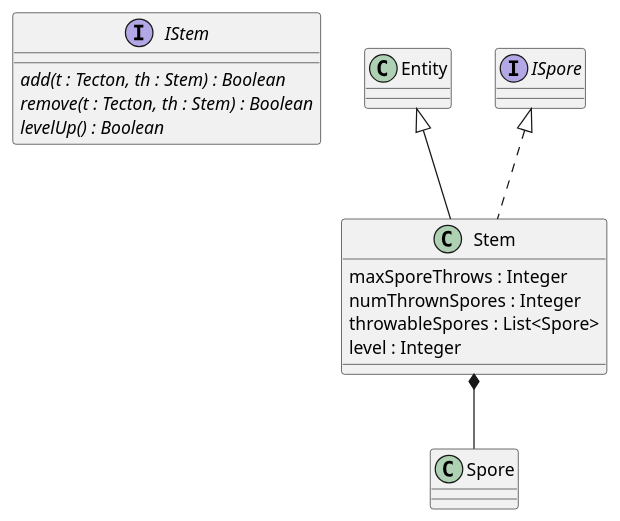
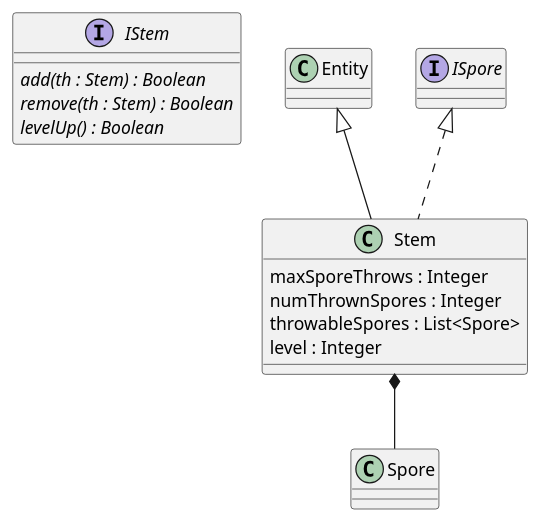
Before and after one commit to Petya-G/fungorium: the diagram in 5/classes/mushroom/stem.puml, drawn with PlantUML. The commit also changed 2 other files, not shown here.

```diff
--- a/5/classes/mushroom/stem.puml
+++ b/5/classes/mushroom/stem.puml
@@ -1,17 +1,17 @@
 @startuml stem
 
 interface IStem{
-    {abstract} add(t : Tecton, th : Stem) : Boolean
-    {abstract} remove(t : Tecton, th : Stem) : Boolean
+    {abstract} add(th : Stem) : Boolean
+    {abstract} remove(th : Stem) : Boolean
     {abstract} levelUp() : Boolean
 }
 
 Stem *-- Spore
 class Stem extends Entity implements ISpore{
     maxSporeThrows : Integer
     numThrownSpores : Integer
     throwableSpores : List<Spore>
     level : Integer
 }
 
 @enduml
```
